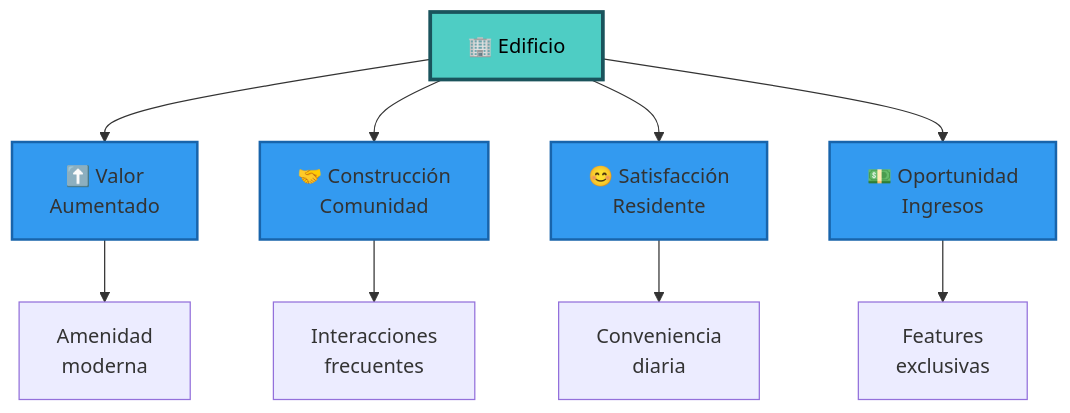
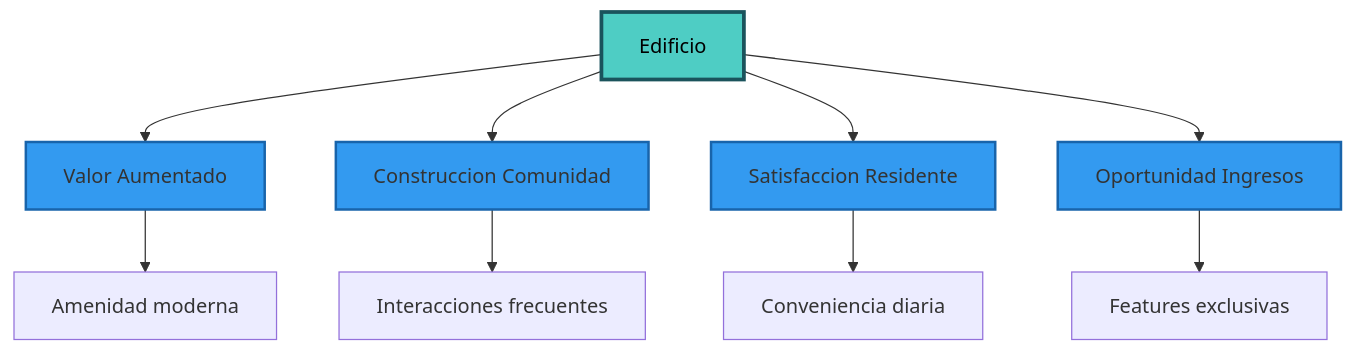
The eighth of 25 diagrams in app.spanish.md (softv2ware/condomarket.api), drawn with Mermaid before and after one commit. The commit also changed other lines of this file, not shown here.

````diff
--- a/app.spanish.md
+++ b/app.spanish.md
@@ -455,19 +459,19 @@
 ```mermaid
 graph TB
-    E[🏢 Edificio]
-    E --> V1[⬆️ Valor<br/>Aumentado]
-    E --> V2[🤝 Construcción<br/>Comunidad]
-    E --> V3[😊 Satisfacción<br/>Residente]
-    E --> V4[💵 Oportunidad<br/>Ingresos]
+    E[Edificio]
+    E --> V1[Valor Aumentado]
+    E --> V2[Construccion Comunidad]
+    E --> V3[Satisfaccion Residente]
+    E --> V4[Oportunidad Ingresos]
     
-    V1 --> V1A[Amenidad<br/>moderna]
-    V2 --> V2A[Interacciones<br/>frecuentes]
-    V3 --> V3A[Conveniencia<br/>diaria]
-    V4 --> V4A[Features<br/>exclusivas]
+    V1 --> V1A[Amenidad moderna]
+    V2 --> V2A[Interacciones frecuentes]
+    V3 --> V3A[Conveniencia diaria]
+    V4 --> V4A[Features exclusivas]
     
     style E fill:#4ECDC4,stroke:#1A535C,stroke-width:3px,color:#000
     style V1 fill:#339AF0,stroke:#1864AB,stroke-width:2px
     style V2 fill:#339AF0,stroke:#1864AB,stroke-width:2px
     style V3 fill:#339AF0,stroke:#1864AB,stroke-width:2px
     style V4 fill:#339AF0,stroke:#1864AB,stroke-width:2px
 ```
````
